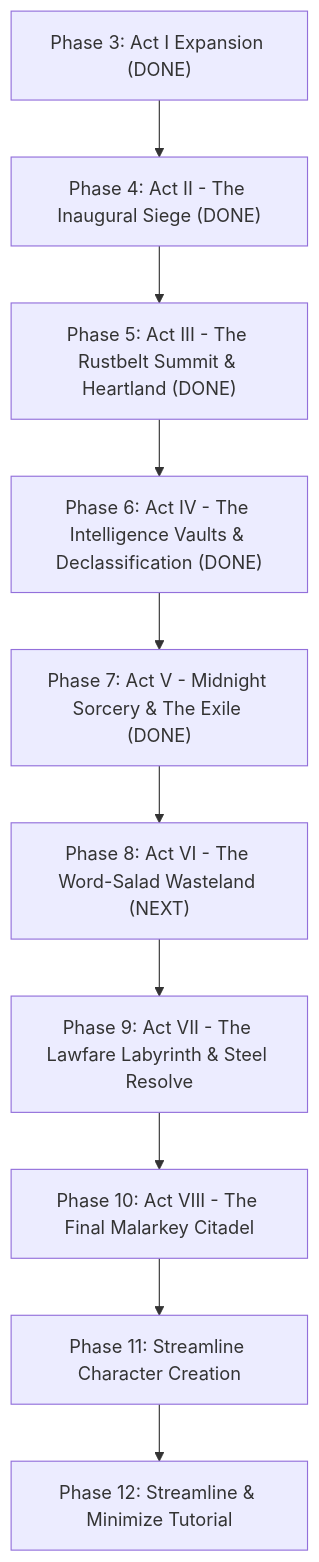
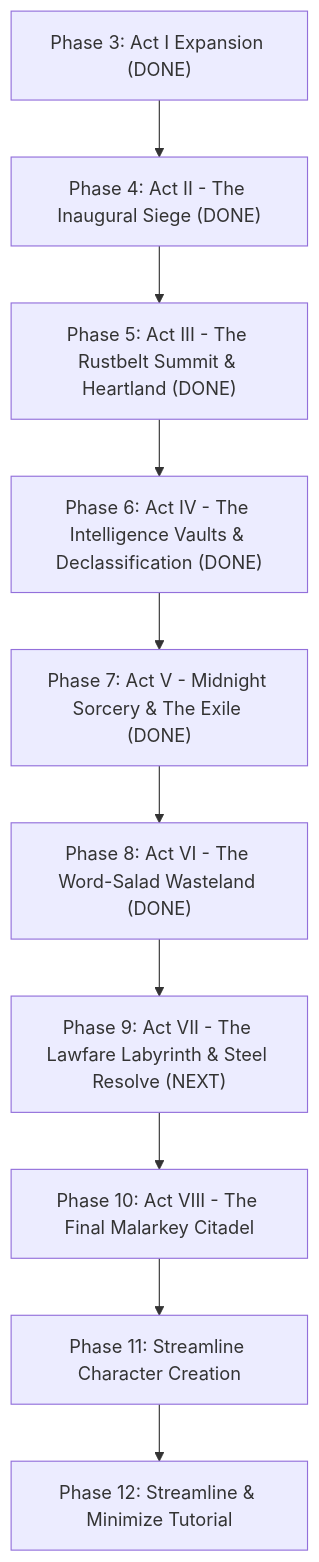
The diagram in PROJECT_HANDOFF_PLAN.md (Todd0042/commander-america-rpg), drawn with Mermaid before and after one commit. The commit also changed other lines of this file and 4 other files, not shown here.

Commit message:
Complete Phase 8: Act VI The Word-Salad Wasteland (5 chapters, encounters, debug warps, tests)

````diff
--- a/PROJECT_HANDOFF_PLAN.md
+++ b/PROJECT_HANDOFF_PLAN.md
@@ -152,12 +162,12 @@
 ```mermaid
 flowchart TD
     P3["Phase 3: Act I Expansion (DONE)"] --> P4["Phase 4: Act II - The Inaugural Siege (DONE)"]
     P4 --> P5["Phase 5: Act III - The Rustbelt Summit & Heartland (DONE)"]
     P5 --> P6["Phase 6: Act IV - The Intelligence Vaults & Declassification (DONE)"]
     P6 --> P7["Phase 7: Act V - Midnight Sorcery & The Exile (DONE)"]
-    P7 --> P8["Phase 8: Act VI - The Word-Salad Wasteland (NEXT)"]
-    P8 --> P9["Phase 9: Act VII - The Lawfare Labyrinth & Steel Resolve"]
+    P7 --> P8["Phase 8: Act VI - The Word-Salad Wasteland (DONE)"]
+    P8 --> P9["Phase 9: Act VII - The Lawfare Labyrinth & Steel Resolve (NEXT)"]
     P9 --> P10["Phase 10: Act VIII - The Final Malarkey Citadel"]
     P10 --> P11["Phase 11: Streamline Character Creation"]
     P11 --> P12["Phase 12: Streamline & Minimize Tutorial"]
 ```
````
